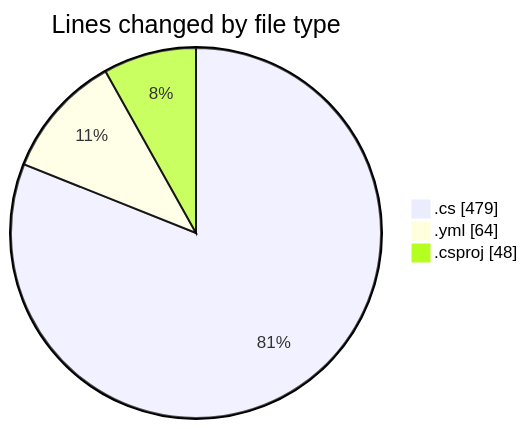
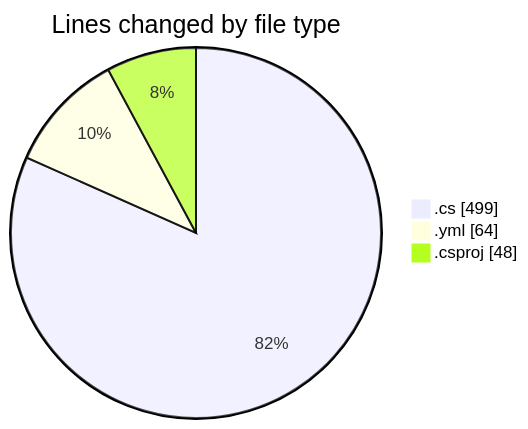
Before and after one commit to Netris89/code-tracking: the first of 2 diagrams in 2025-04-29/back-end/README.md, drawn with Mermaid. The commit also changed other lines of this file and 1 other file, not shown here.

````diff
--- a/2025-04-29/back-end/README.md
+++ b/2025-04-29/back-end/README.md
@@ -26,7 +26,7 @@
 ```mermaid
 pie showData
 title Lines changed by file type
-".cs" : 479
+".cs" : 499
 ".yml" : 64
 ".csproj" : 48
 ```
````
